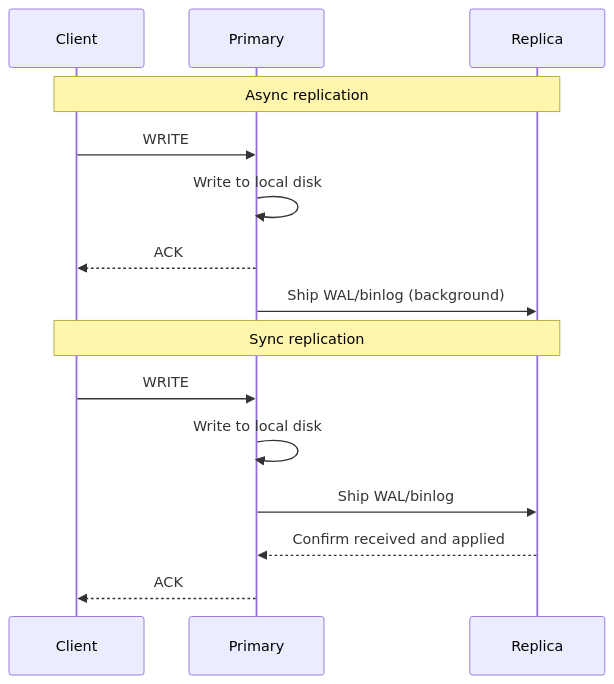
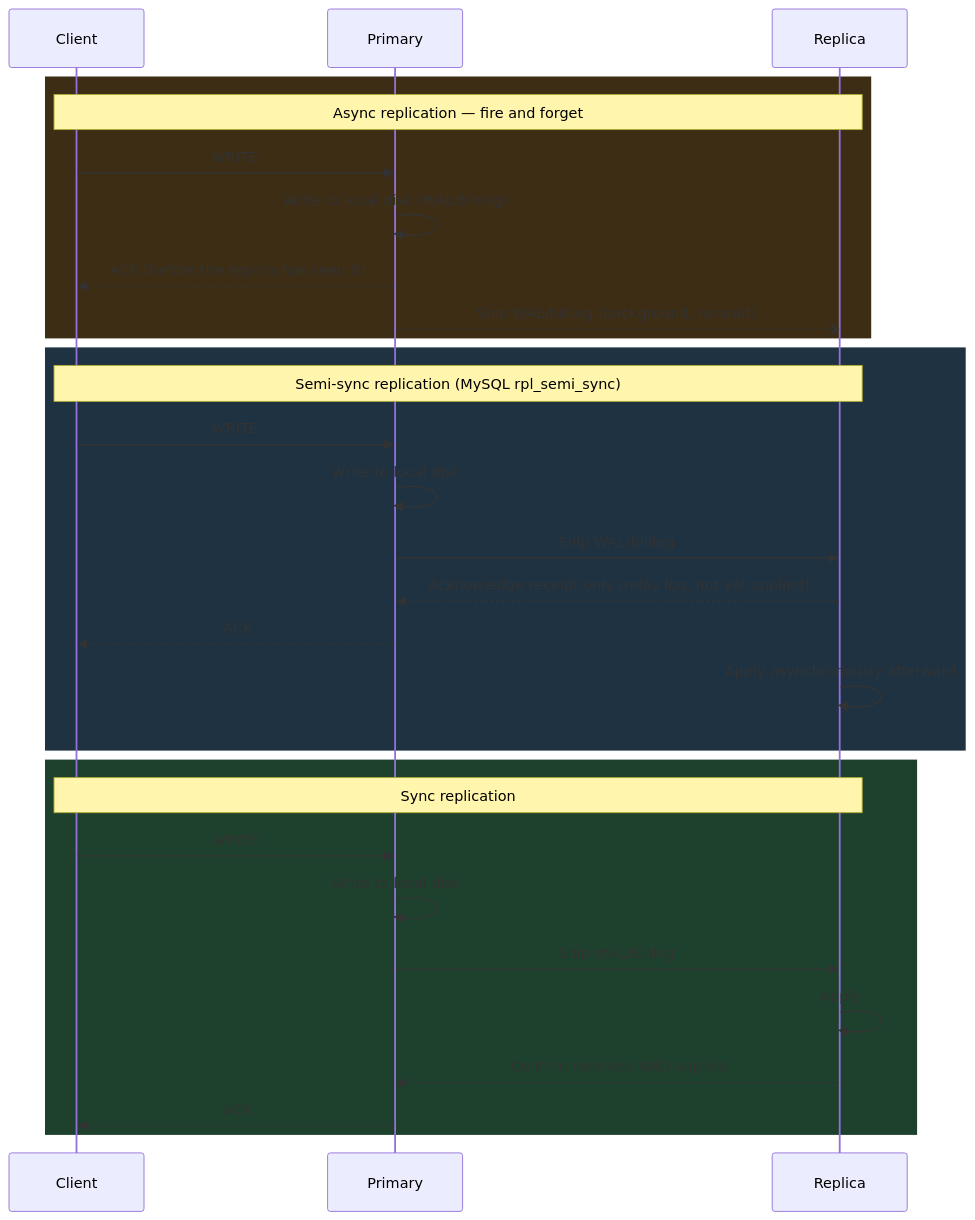
The first of 2 diagrams in databases/replication.md (deepanshu-rawat6/DevOpsIndex), drawn with Mermaid before and after one commit. The commit also changed other lines of this file and 7 other files, not shown here.

````diff
--- a/databases/replication.md
+++ b/databases/replication.md
@@ -32,19 +54,34 @@
 ```mermaid
 sequenceDiagram
     participant C as Client
     participant P as Primary
     participant R as Replica
 
-    Note over C,R: Async replication
+    rect rgb(60, 45, 20)
+    Note over C,R: Async replication — fire and forget
+    C->>P: WRITE
+    P->>P: Write to local disk (WAL/binlog)
+    P-->>C: ACK (before the replica has seen it)
+    P--)R: Ship WAL/binlog (background, no wait)
+    end
+
+    rect rgb(30, 50, 65)
+    Note over C,R: Semi-sync replication (MySQL rpl_semi_sync)
     C->>P: WRITE
     P->>P: Write to local disk
+    P->>R: Ship WAL/binlog
+    R-->>P: Acknowledge receipt only (relay log, not yet applied)
     P-->>C: ACK
-    P->>R: Ship WAL/binlog (background)
+    R->>R: Apply asynchronously afterward
+    end
 
+    rect rgb(30, 65, 45)
     Note over C,R: Sync replication
     C->>P: WRITE
     P->>P: Write to local disk
     P->>R: Ship WAL/binlog
-    R-->>P: Confirm received and applied
+    R->>R: Apply
+    R-->>P: Confirm received AND applied
     P-->>C: ACK
+    end
 ```
````
